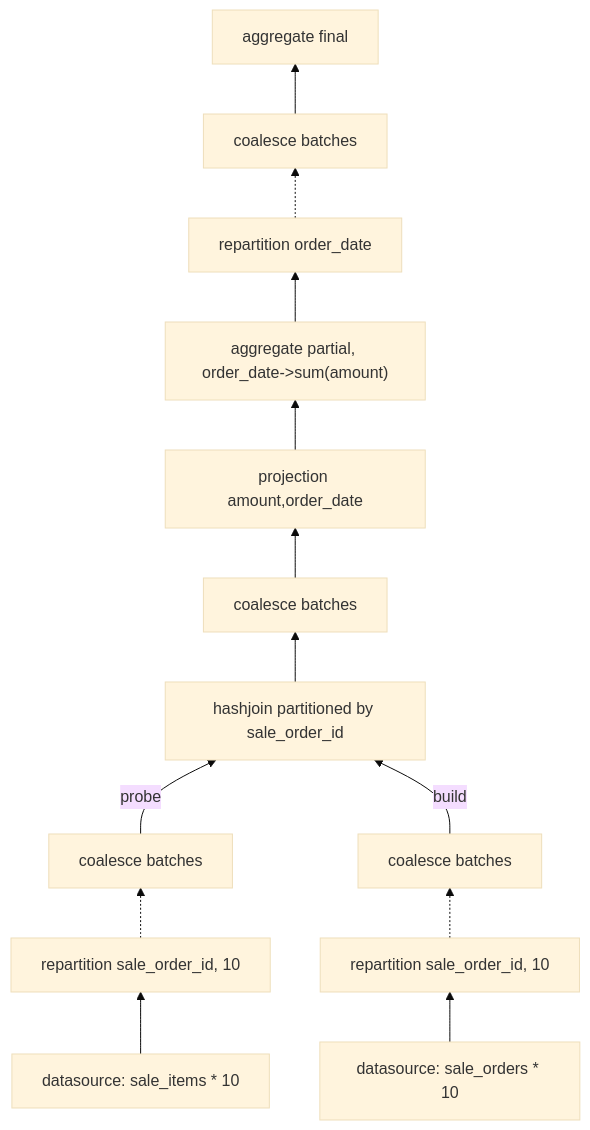
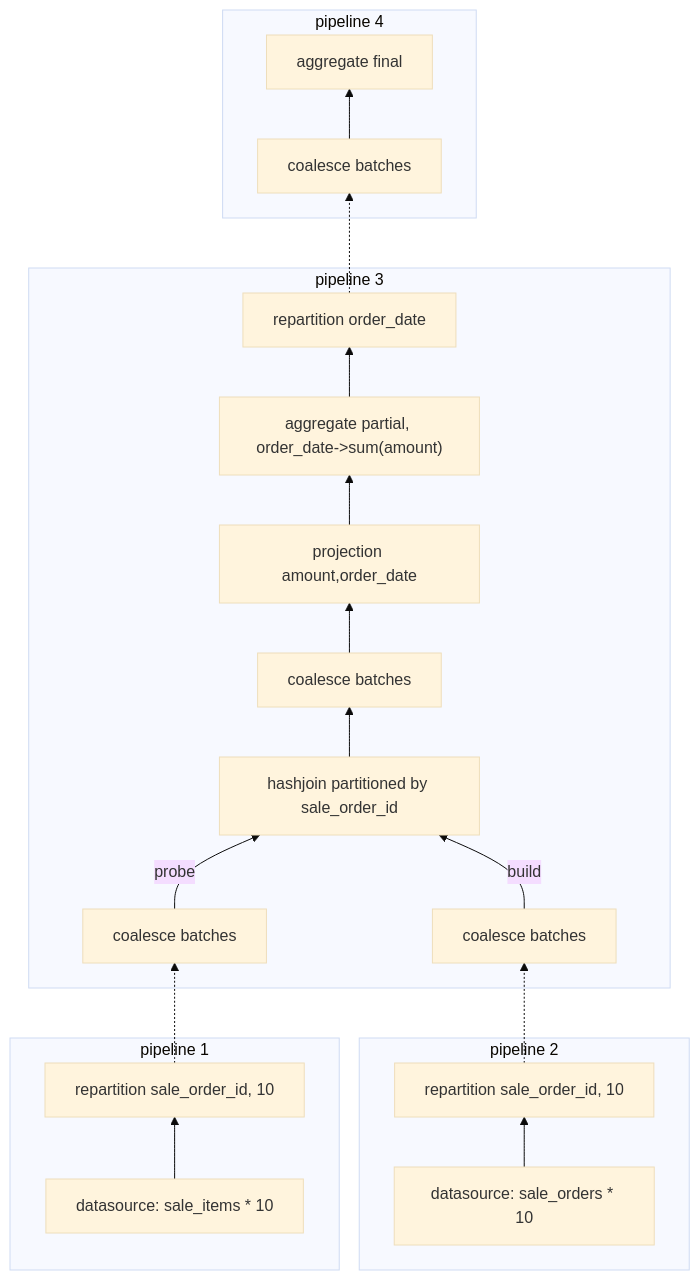
Before and after one commit to wangzaixiang/wangzaixiang.github.io: the diagram in books/learning/src/perf-vs-duckdb-1.md, drawn with Mermaid (base theme). The commit also changed other lines of this file, not shown here.

````diff
--- a/books/learning/src/perf-vs-duckdb-1.md
+++ b/books/learning/src/perf-vs-duckdb-1.md
@@ -67,19 +67,30 @@
 ```mermaid
 graph BT
 
-    ds1[datasource: sale_items * 10] --> rp1[repartition sale_order_id, 10] 
-    rp1 -.-> coal1[coalesce batches] 
-    coal1 -->|probe| hj1[hashjoin]
+    subgraph a[pipeline 1]
+        ds1[datasource: sale_items * 10] --> rp1[repartition sale_order_id, 10]
+    end
 
-    ds2[datasource: sale_orders * 10] --> rp2[repartition sale_order_id, 10] 
-    rp2 -.-> coal2[coalesce batches] 
-    coal2 -->|build| hj1[hashjoin partitioned by sale_order_id]
+    subgraph b[pipeline 2]
+        ds2[datasource: sale_orders * 10] --> rp2[repartition sale_order_id, 10]
+    end
 
-    hj1 --> coal3[coalesce batches] 
-    coal3 --> prj[projection amount,order_date]
-    prj   --> aggr1["aggregate partial, order_date->sum(amount)"]
-    aggr1 --> rp3[repartition order_date]
-    rp3   -.-> coal4[coalesce batches]
-    coal4 --> aggr2["aggregate final"]
+    subgraph c[pipeline 3]
+        rp1 -.-> coal1[coalesce batches]
+        coal1 -->|probe| hj1[hashjoin]
+
+        rp2 -.-> coal2[coalesce batches]
+        coal2 -->|build| hj1[hashjoin partitioned by sale_order_id]
+
+        hj1 --> coal3[coalesce batches]
+        coal3 --> prj[projection amount,order_date]
+        prj   --> aggr1["aggregate partial, order_date->sum(amount)"]
+        aggr1 --> rp3[repartition order_date]
+    end
+
+    subgraph d[pipeline 4]
+        rp3   -.-> coal4[coalesce batches]
+        coal4 --> aggr2["aggregate final"]
+    end
 
 ```
````
